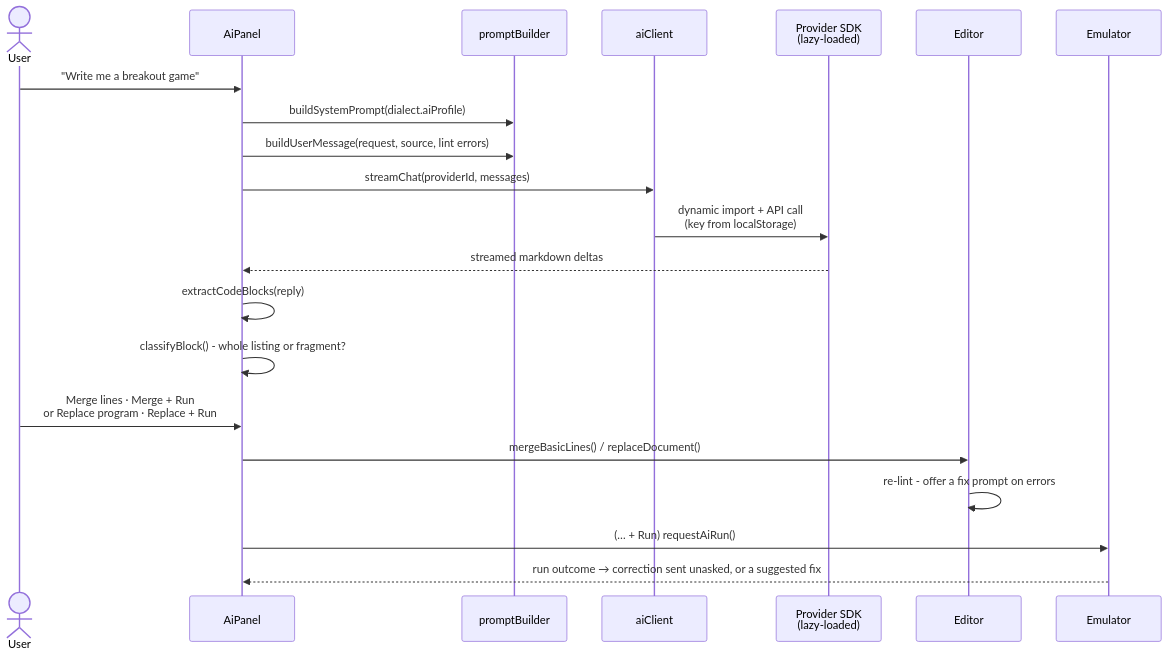
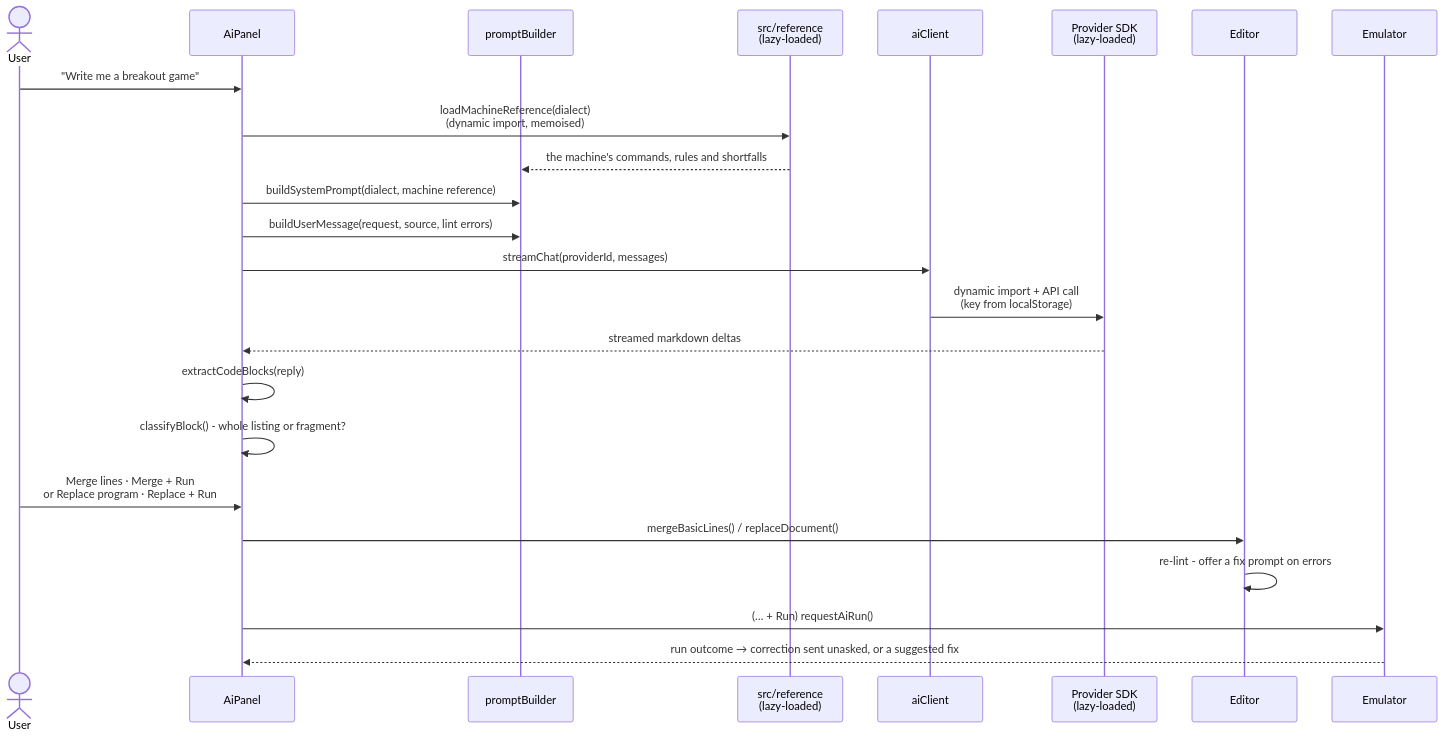
Before and after one commit to seanhodges/basically: the seventh of 9 diagrams in docs/contributing/architecture.md, drawn with Mermaid. The commit also changed other lines of this file and 6 other files, not shown here.

````diff
--- a/docs/contributing/architecture.md
+++ b/docs/contributing/architecture.md
@@ -469,24 +499,27 @@
 ```mermaid
 sequenceDiagram
   actor U as User
   participant P as AiPanel
   participant B as promptBuilder
+  participant R as src/reference<br/>(lazy-loaded)
   participant C as aiClient
   participant X as Provider SDK<br/>(lazy-loaded)
   participant E as Editor
   participant M as Emulator
 
   U->>P: "Write me a breakout game"
-  P->>B: buildSystemPrompt(dialect.aiProfile)
+  P->>R: loadMachineReference(dialect)<br/>(dynamic import, memoised)
+  R-->>B: the machine's commands, rules and shortfalls
+  P->>B: buildSystemPrompt(dialect, machine reference)
   P->>B: buildUserMessage(request, source, lint errors)
   P->>C: streamChat(providerId, messages)
   C->>X: dynamic import + API call<br/>(key from localStorage)
   X-->>P: streamed markdown deltas
   P->>P: extractCodeBlocks(reply)
   P->>P: classifyBlock() - whole listing or fragment?
   U->>P: Merge lines · Merge + Run<br/>or Replace program · Replace + Run
   P->>E: mergeBasicLines() / replaceDocument()
   E->>E: re-lint - offer a fix prompt on errors
   P->>M: (… + Run) requestAiRun()
   M-->>P: run outcome → correction sent unasked, or a suggested fix
 ```
````
